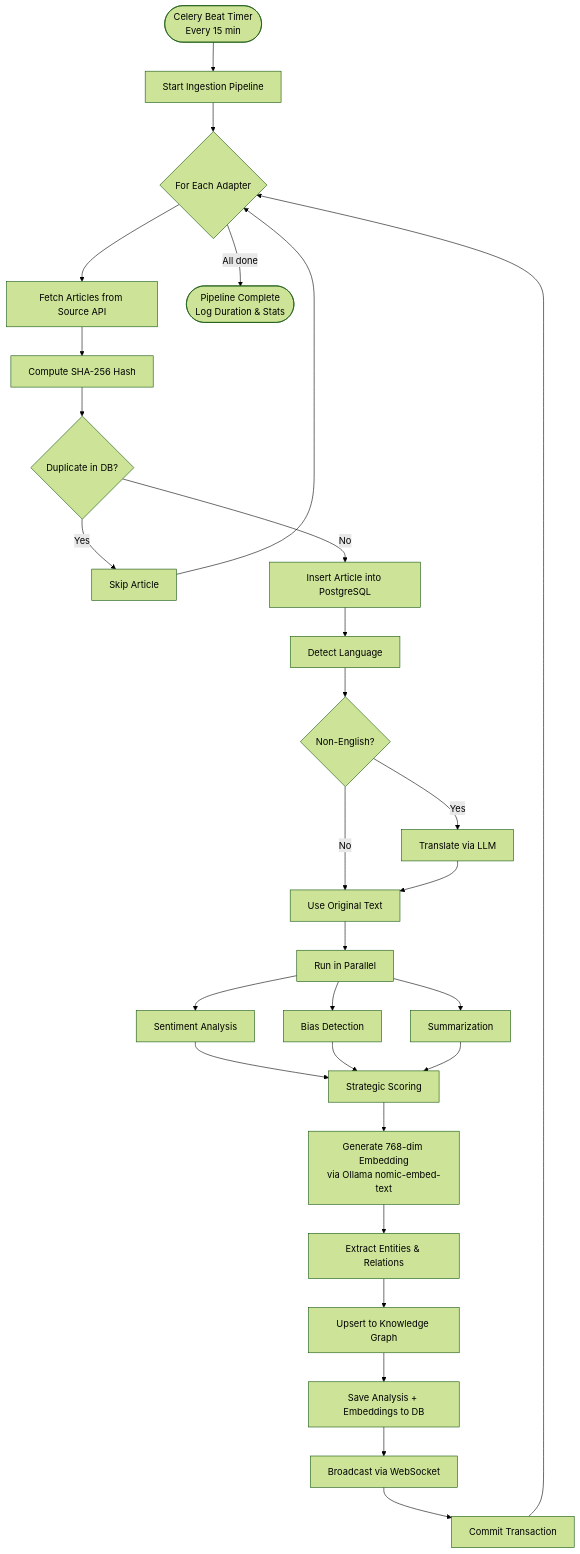
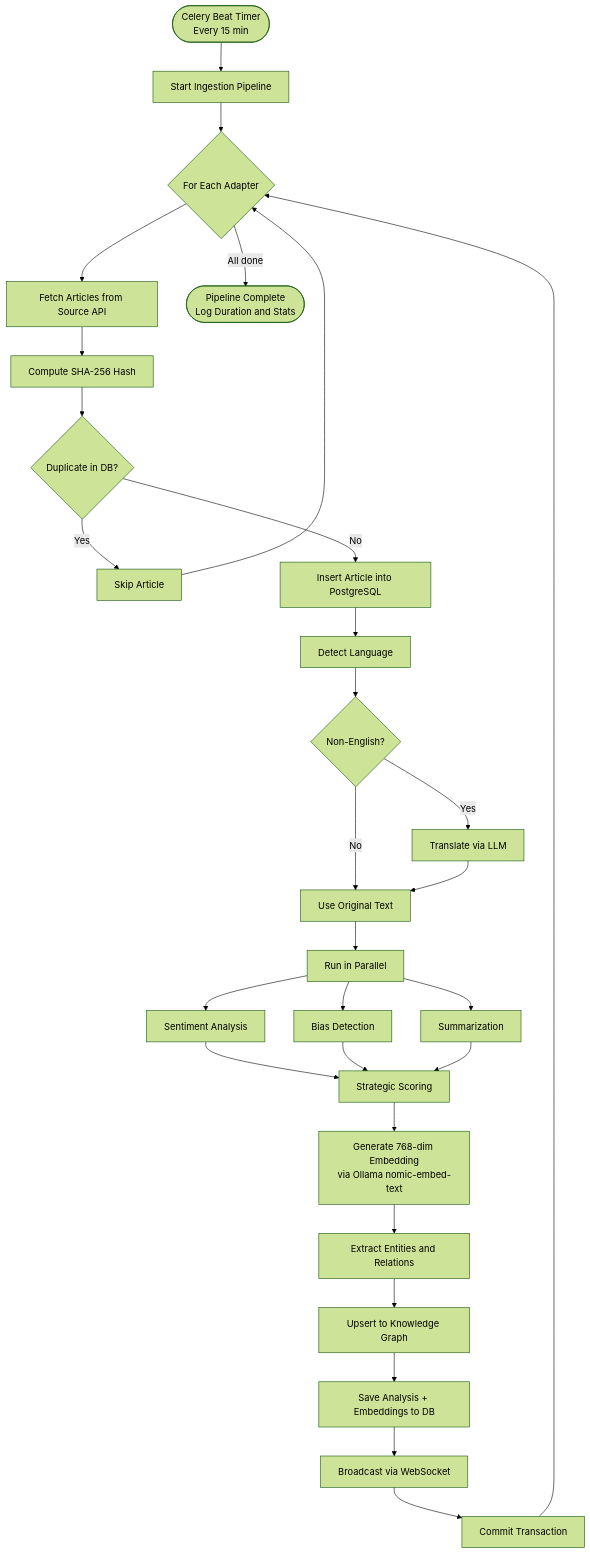
Before and after one commit to krishmaniyar/Strategic-News-Analyzer: the second of 5 diagrams in README.md, drawn with Mermaid (forest theme). The commit also changed other lines of this file, not shown here.

Commit message:
docs: fix README formatting - remove CDATA wrapper, fix Mermaid br tags and escaped ampersands

````diff
--- a/README.md
+++ b/README.md
@@ -176,29 +176,29 @@
 ```mermaid
 flowchart TD
-    A([Celery Beat Timer<br/>Every 15 min]) --> B[Start Ingestion Pipeline]
+    A([Celery Beat Timer<br>Every 15 min]) --> B[Start Ingestion Pipeline]
     B --> C{For Each Adapter}
     C --> D[Fetch Articles from Source API]
     D --> E[Compute SHA-256 Hash]
     E --> F{Duplicate in DB?}
     F -- Yes --> G[Skip Article]
     F -- No --> H[Insert Article into PostgreSQL]
     H --> I[Detect Language]
     I --> J{Non-English?}
     J -- Yes --> K[Translate via LLM]
     J -- No --> L[Use Original Text]
     K --> L
     L --> M[Run in Parallel]
     M --> M1[Sentiment Analysis]
     M --> M2[Bias Detection]
     M --> M3[Summarization]
     M1 & M2 & M3 --> N[Strategic Scoring]
-    N --> O[Generate 768-dim Embedding<br/>via Ollama nomic-embed-text]
-    O --> P[Extract Entities & Relations]
+    N --> O[Generate 768-dim Embedding<br>via Ollama nomic-embed-text]
+    O --> P[Extract Entities and Relations]
     P --> Q[Upsert to Knowledge Graph]
     Q --> R[Save Analysis + Embeddings to DB]
     R --> S[Broadcast via WebSocket]
     S --> T[Commit Transaction]
     T --> C
     G --> C
-    C -- All done --> U([Pipeline Complete<br/>Log Duration & Stats])
+    C -- All done --> U([Pipeline Complete<br>Log Duration and Stats])
 ```
````
